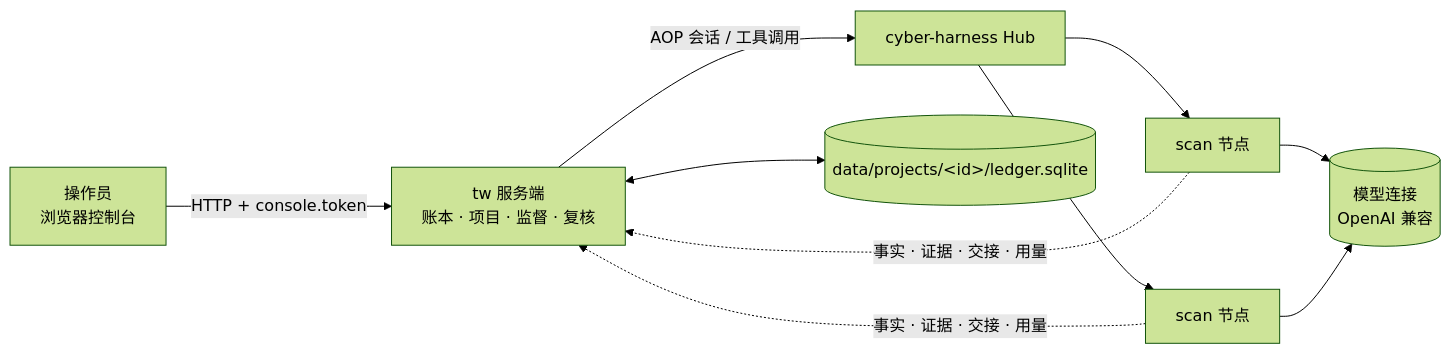
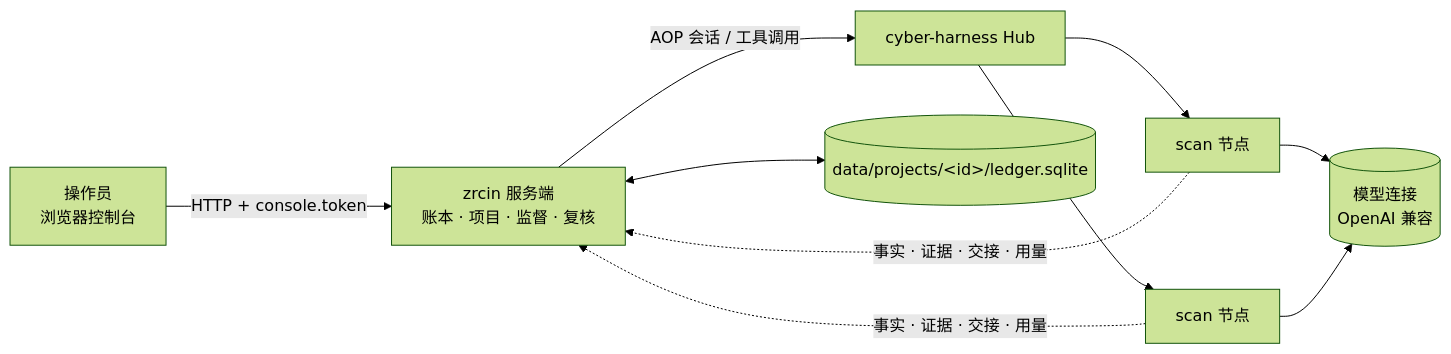
Before and after one commit to c1ayooo/4zrcin: the diagram in README.md, drawn with Mermaid (forest theme). The commit also changed other lines of this file and 617 other files, not shown here.

````diff
--- a/README.md
+++ b/README.md
@@ -22,12 +22,12 @@
 ```mermaid
 flowchart LR
-  OP[操作员<br/>浏览器控制台] -->|HTTP + console.token| TW[tw 服务端<br/>账本 · 项目 · 监督 · 复核]
+  OP[操作员<br/>浏览器控制台] -->|HTTP + console.token| TW[zrcin 服务端<br/>账本 · 项目 · 监督 · 复核]
   TW -->|AOP 会话 / 工具调用| HUB[cyber-harness Hub]
   HUB --> S1[scan 节点]
   HUB --> S2[scan 节点]
   S1 --> LLM[(模型连接<br/>OpenAI 兼容)]
   S2 --> LLM
   S1 -.->|事实 · 证据 · 交接 · 用量| TW
   S2 -.->|事实 · 证据 · 交接 · 用量| TW
   TW <--> LEDGER[(data/projects/&lt;id&gt;/ledger.sqlite)]
 ```
````
